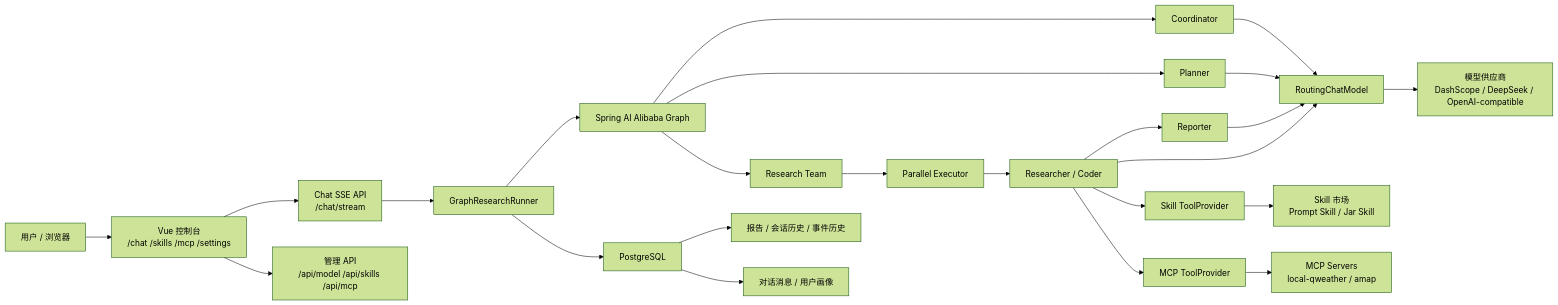
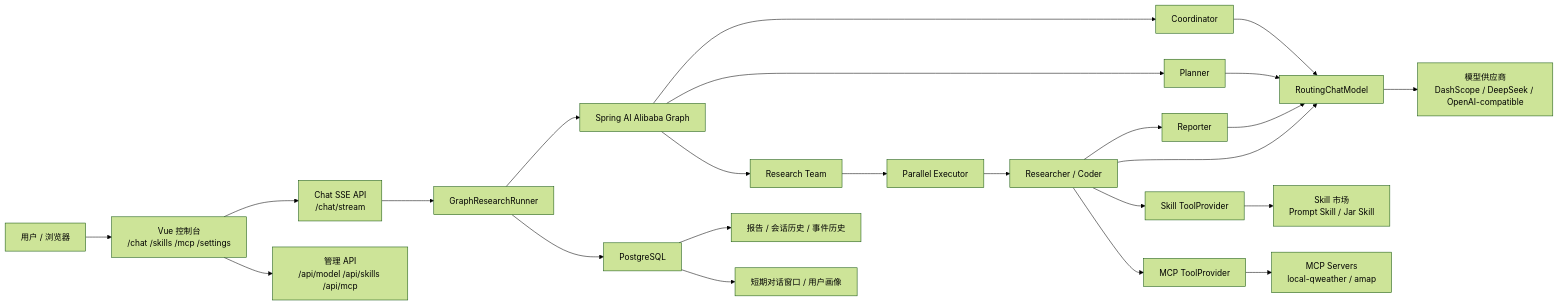
One commit to man-mu/M-agent changed the first of 2 diagrams in README.md. Above: the diagram before and after it, drawn with Mermaid (forest theme). The commit also changed other lines of this file and 16 other files, not shown here.

````diff
--- a/README.md
+++ b/README.md
@@ -39,30 +39,30 @@
 ```mermaid
 flowchart LR
   User["用户 / 浏览器"] --> UI["Vue 控制台<br/>/chat /skills /mcp /settings"]
   UI --> ChatApi["Chat SSE API<br/>/chat/stream"]
   UI --> AdminApi["管理 API<br/>/api/model /api/skills /api/mcp"]
 
   ChatApi --> Runner["GraphResearchRunner"]
   Runner --> Graph["Spring AI Alibaba Graph"]
   Graph --> Coordinator["Coordinator"]
   Graph --> Planner["Planner"]
   Graph --> Team["Research Team"]
   Team --> Executor["Parallel Executor"]
   Executor --> Researcher["Researcher / Coder"]
   Researcher --> Reporter["Reporter"]
 
   Coordinator --> ModelRouter["RoutingChatModel"]
   Planner --> ModelRouter
   Researcher --> ModelRouter
   Reporter --> ModelRouter
   ModelRouter --> Providers["模型供应商<br/>DashScope / DeepSeek / OpenAI-compatible"]
 
   Researcher --> SkillTools["Skill ToolProvider"]
   SkillTools --> SkillMarket["Skill 市场<br/>Prompt Skill / Jar Skill"]
   Researcher --> McpTools["MCP ToolProvider"]
   McpTools --> McpServers["MCP Servers<br/>local-qweather / amap"]
 
   Runner --> Pg["PostgreSQL"]
   Pg --> Reports["报告 / 会话历史 / 事件历史"]
-  Pg --> Memory["对话消息 / 用户画像"]
+  Pg --> Memory["短期对话窗口 / 用户画像"]
 ```
````
